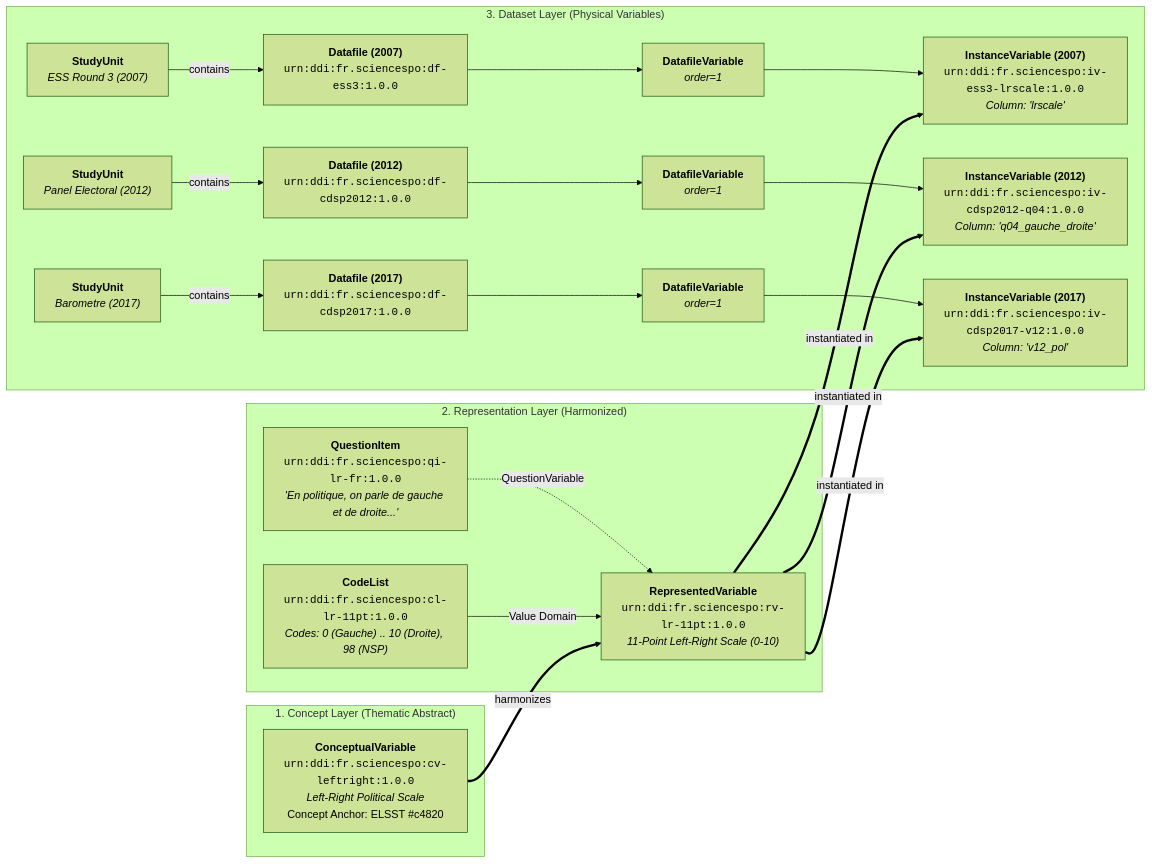
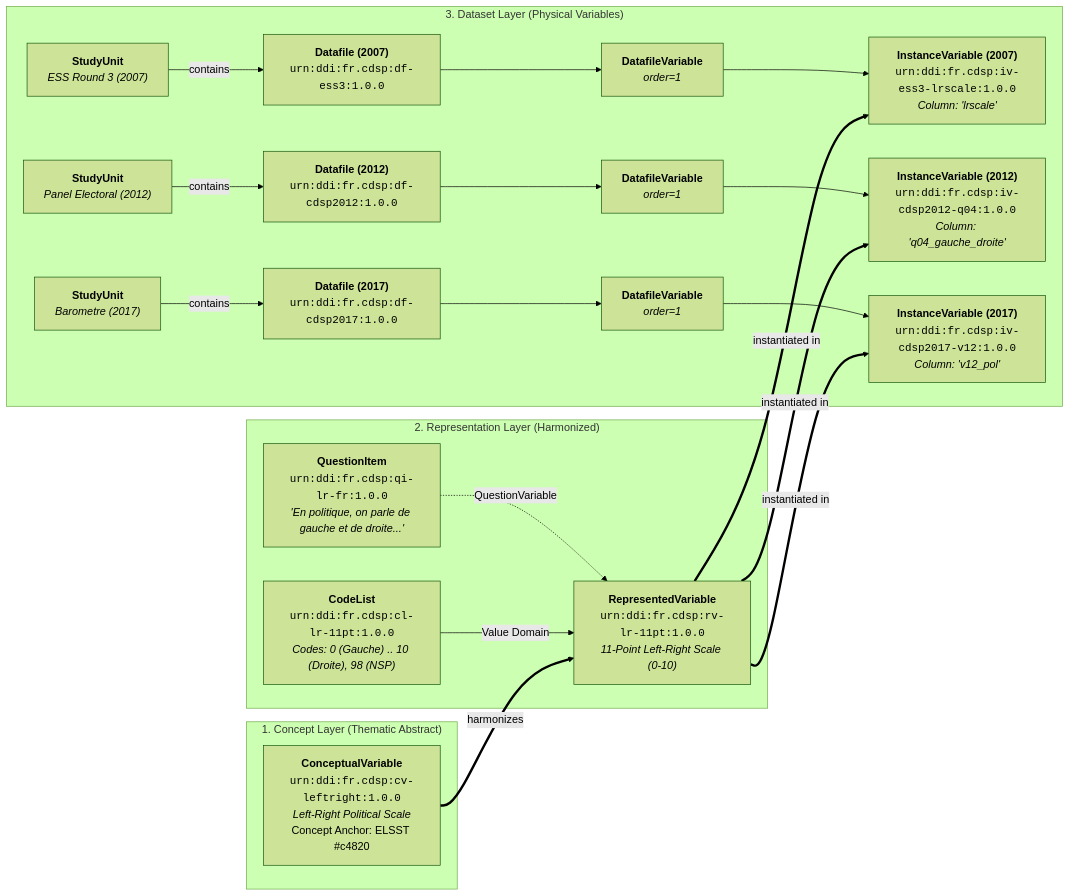
One commit to PlgaH/fairwddi-wp3-3 changed the third of 3 diagrams in deliverables/research/database_diagram.md. Above: the diagram before and after it, drawn with Mermaid (forest theme). The commit also changed 16 other files, not shown here.

Commit message:
refactor: update default DDI agency identifier from sciencespo to cdsp

````diff
--- a/deliverables/research/database_diagram.md
+++ b/deliverables/research/database_diagram.md
@@ -524,30 +524,30 @@
 ```mermaid
 graph LR
     subgraph Concept_Level ["1. Concept Layer (Thematic Abstract)"]
-        CV["<b>ConceptualVariable</b><br/><code>urn:ddi:fr.sciencespo:cv-leftright:1.0.0</code><br/><i>Left-Right Political Scale</i><br/>Concept Anchor: ELSST #c4820"]
+        CV["<b>ConceptualVariable</b><br/><code>urn:ddi:fr.cdsp:cv-leftright:1.0.0</code><br/><i>Left-Right Political Scale</i><br/>Concept Anchor: ELSST #c4820"]
     end
 
     subgraph Rep_Level ["2. Representation Layer (Harmonized)"]
-        RV["<b>RepresentedVariable</b><br/><code>urn:ddi:fr.sciencespo:rv-lr-11pt:1.0.0</code><br/><i>11-Point Left-Right Scale (0-10)</i>"]
-        QI["<b>QuestionItem</b><br/><code>urn:ddi:fr.sciencespo:qi-lr-fr:1.0.0</code><br/><i>'En politique, on parle de gauche et de droite...'</i>"]
-        CL["<b>CodeList</b><br/><code>urn:ddi:fr.sciencespo:cl-lr-11pt:1.0.0</code><br/><i>Codes: 0 (Gauche) .. 10 (Droite), 98 (NSP)</i>"]
+        RV["<b>RepresentedVariable</b><br/><code>urn:ddi:fr.cdsp:rv-lr-11pt:1.0.0</code><br/><i>11-Point Left-Right Scale (0-10)</i>"]
+        QI["<b>QuestionItem</b><br/><code>urn:ddi:fr.cdsp:qi-lr-fr:1.0.0</code><br/><i>'En politique, on parle de gauche et de droite...'</i>"]
+        CL["<b>CodeList</b><br/><code>urn:ddi:fr.cdsp:cl-lr-11pt:1.0.0</code><br/><i>Codes: 0 (Gauche) .. 10 (Droite), 98 (NSP)</i>"]
 
         QI -.->|QuestionVariable| RV
         CL -->|Value Domain| RV
     end
 
     subgraph Data_Level ["3. Dataset Layer (Physical Variables)"]
-        DF1["<b>Datafile (2007)</b><br/><code>urn:ddi:fr.sciencespo:df-ess3:1.0.0</code>"] --> DV1["<b>DatafileVariable</b><br/><i>order=1</i>"] --> IV1["<b>InstanceVariable (2007)</b><br/><code>urn:ddi:fr.sciencespo:iv-ess3-lrscale:1.0.0</code><br/><i>Column: 'lrscale'</i>"]
-        DF2["<b>Datafile (2012)</b><br/><code>urn:ddi:fr.sciencespo:df-cdsp2012:1.0.0</code>"] --> DV2["<b>DatafileVariable</b><br/><i>order=1</i>"] --> IV2["<b>InstanceVariable (2012)</b><br/><code>urn:ddi:fr.sciencespo:iv-cdsp2012-q04:1.0.0</code><br/><i>Column: 'q04_gauche_droite'</i>"]
-        DF3["<b>Datafile (2017)</b><br/><code>urn:ddi:fr.sciencespo:df-cdsp2017:1.0.0</code>"] --> DV3["<b>DatafileVariable</b><br/><i>order=1</i>"] --> IV3["<b>InstanceVariable (2017)</b><br/><code>urn:ddi:fr.sciencespo:iv-cdsp2017-v12:1.0.0</code><br/><i>Column: 'v12_pol'</i>"]
+        DF1["<b>Datafile (2007)</b><br/><code>urn:ddi:fr.cdsp:df-ess3:1.0.0</code>"] --> DV1["<b>DatafileVariable</b><br/><i>order=1</i>"] --> IV1["<b>InstanceVariable (2007)</b><br/><code>urn:ddi:fr.cdsp:iv-ess3-lrscale:1.0.0</code><br/><i>Column: 'lrscale'</i>"]
+        DF2["<b>Datafile (2012)</b><br/><code>urn:ddi:fr.cdsp:df-cdsp2012:1.0.0</code>"] --> DV2["<b>DatafileVariable</b><br/><i>order=1</i>"] --> IV2["<b>InstanceVariable (2012)</b><br/><code>urn:ddi:fr.cdsp:iv-cdsp2012-q04:1.0.0</code><br/><i>Column: 'q04_gauche_droite'</i>"]
+        DF3["<b>Datafile (2017)</b><br/><code>urn:ddi:fr.cdsp:df-cdsp2017:1.0.0</code>"] --> DV3["<b>DatafileVariable</b><br/><i>order=1</i>"] --> IV3["<b>InstanceVariable (2017)</b><br/><code>urn:ddi:fr.cdsp:iv-cdsp2017-v12:1.0.0</code><br/><i>Column: 'v12_pol'</i>"]
 
         SU1["<b>StudyUnit</b><br/><i>ESS Round 3 (2007)</i>"] -->|contains| DF1
         SU2["<b>StudyUnit</b><br/><i>Panel Electoral (2012)</i>"] -->|contains| DF2
         SU3["<b>StudyUnit</b><br/><i>Barometre (2017)</i>"] -->|contains| DF3
     end
 
     CV ==>|harmonizes| RV
     RV ==>|instantiated in| IV1
     RV ==>|instantiated in| IV2
     RV ==>|instantiated in| IV3
 ```
````
